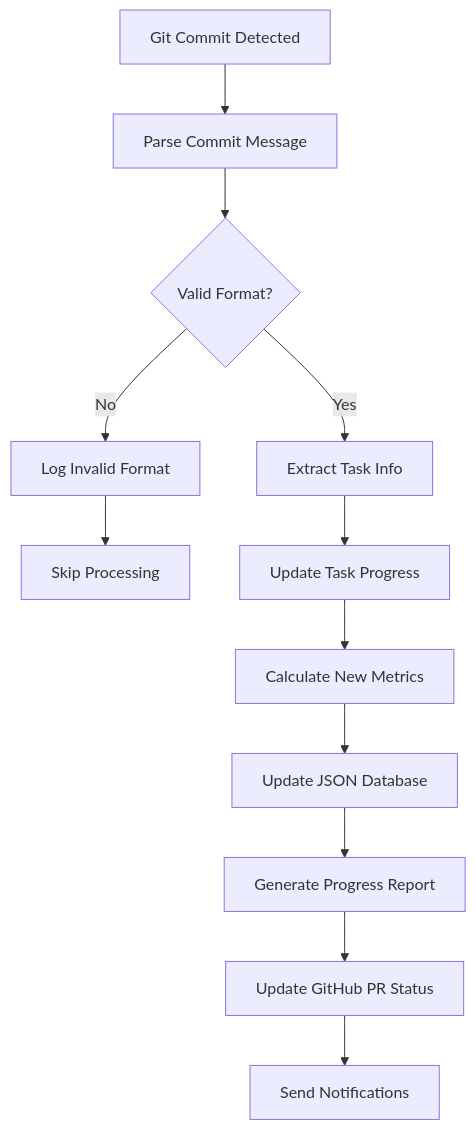
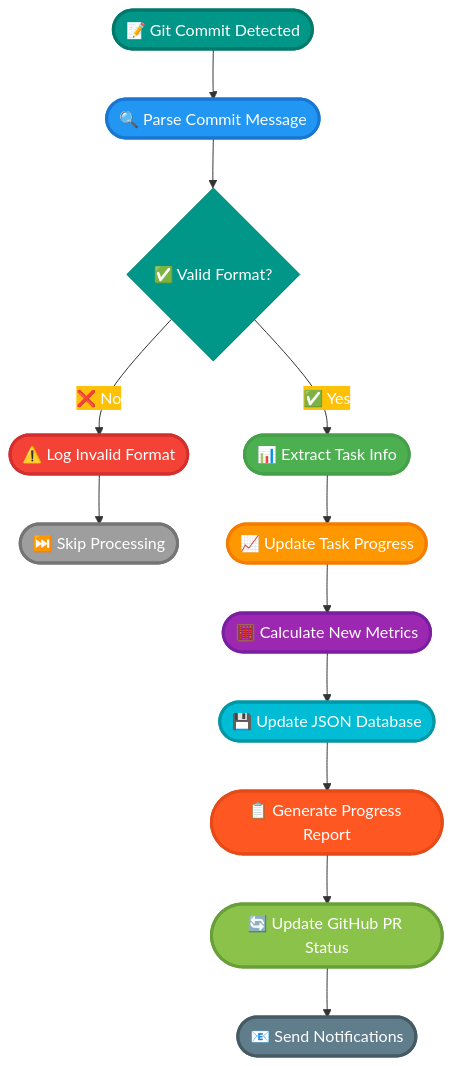
Before and after one commit to Shakour-Data/AutoProjectManagement: the fifth of 13 diagrams in README.md, drawn with Mermaid. The commit also changed other lines of this file, not shown here.

Commit message:
`Added detailed system architecture diagrams and UML diagrams to the README file.`

````diff
--- a/README.md
+++ b/README.md
@@ -108,14 +147,27 @@
 ```mermaid
+%%{init: {'theme':'base', 'themeVariables': { 'primaryColor': '#009688', 'primaryTextColor': '#fff', 'primaryBorderColor': '#00796B', 'lineColor': '#333', 'secondaryColor': '#FFC107', 'tertiaryColor': '#fff'}}}%%
 flowchart TD
-    A[Git Commit Detected] --> B[Parse Commit Message]
-    B --> C{Valid Format?}
-    C -->|Yes| D[Extract Task Info]
-    C -->|No| E[Log Invalid Format]
-    E --> F[Skip Processing]
-    D --> G[Update Task Progress]
-    G --> H[Calculate New Metrics]
-    H --> I[Update JSON Database]
-    I --> J[Generate Progress Report]
-    J --> K[Update GitHub PR Status]
-    K --> L[Send Notifications]
+    A([📝 Git Commit Detected]) --> B([🔍 Parse Commit Message])
+    B --> C{✅ Valid Format?}
+    C -->|✅ Yes| D([📊 Extract Task Info])
+    C -->|❌ No| E([⚠️ Log Invalid Format])
+    E --> F([⏭️ Skip Processing])
+    D --> G([📈 Update Task Progress])
+    G --> H([🧮 Calculate New Metrics])
+    H --> I([💾 Update JSON Database])
+    I --> J([📋 Generate Progress Report])
+    J --> K([🔄 Update GitHub PR Status])
+    K --> L([📧 Send Notifications])
+    
+    style A fill:#009688,stroke:#00796B,stroke-width:3px,color:#fff
+    style B fill:#2196F3,stroke:#1976D2,stroke-width:3px,color:#fff
+    style D fill:#4CAF50,stroke:#45a049,stroke-width:3px,color:#fff
+    style E fill:#F44336,stroke:#D32F2F,stroke-width:3px,color:#fff
+    style F fill:#9E9E9E,stroke:#757575,stroke-width:3px,color:#fff
+    style G fill:#FF9800,stroke:#F57C00,stroke-width:3px,color:#fff
+    style H fill:#9C27B0,stroke:#7B1FA2,stroke-width:3px,color:#fff
+    style I fill:#00BCD4,stroke:#0097A7,stroke-width:3px,color:#fff
+    style J fill:#FF5722,stroke:#E64A19,stroke-width:3px,color:#fff
+    style K fill:#8BC34A,stroke:#689F38,stroke-width:3px,color:#fff
+    style L fill:#607D8B,stroke:#455A64,stroke-width:3px,color:#fff
 ```
````
